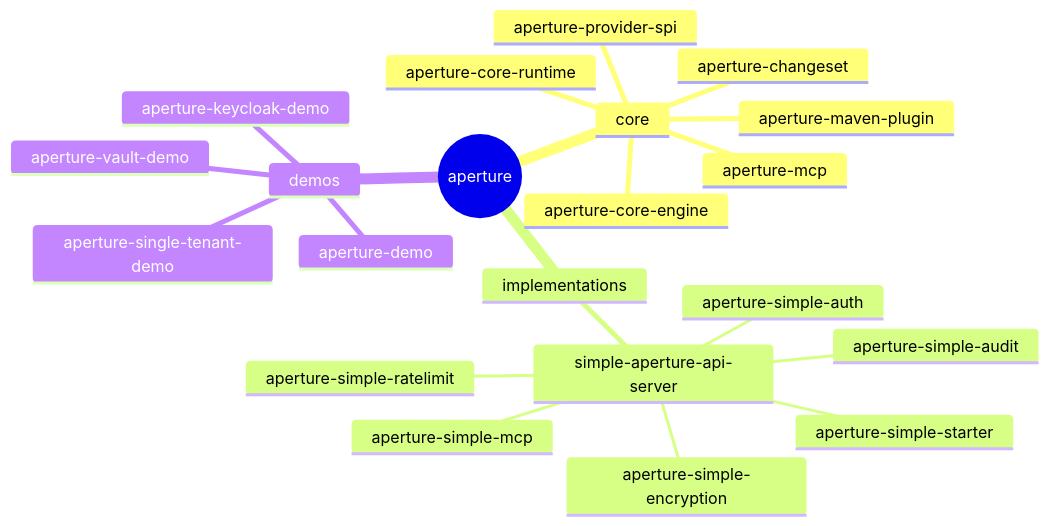
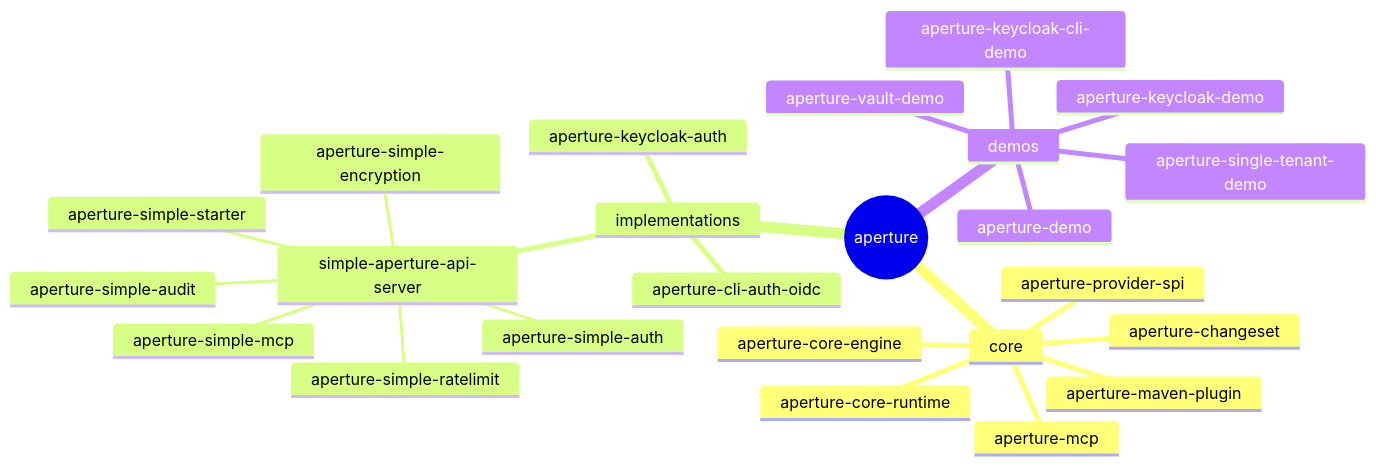
Before and after one commit to ItsJooL/aperture: the diagram in README.md, drawn with Mermaid. The commit also changed other lines of this file and 58 other files, not shown here.

````diff
--- a/README.md
+++ b/README.md
@@ -76,24 +76,27 @@
 ```mermaid
 mindmap
   root((aperture))
     core
       aperture-core-engine
       aperture-core-runtime
       aperture-changeset
       aperture-mcp
       aperture-maven-plugin
       aperture-provider-spi
     implementations
       simple-aperture-api-server
         aperture-simple-auth
         aperture-simple-audit
         aperture-simple-encryption
         aperture-simple-ratelimit
         aperture-simple-mcp
         aperture-simple-starter
+      aperture-keycloak-auth
+      aperture-cli-auth-oidc
     demos
       aperture-demo
       aperture-single-tenant-demo
       aperture-keycloak-demo
+      aperture-keycloak-cli-demo
       aperture-vault-demo
 ```
````
